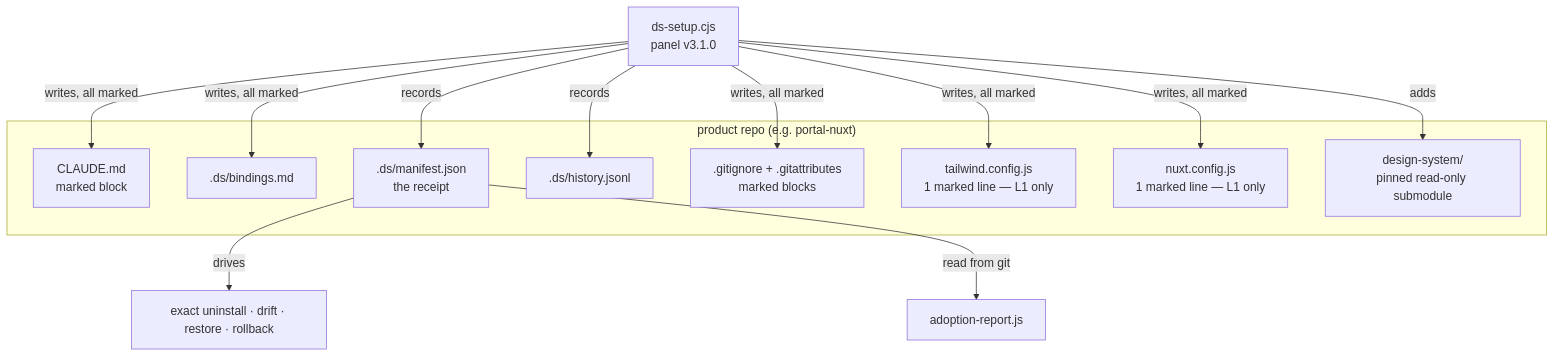
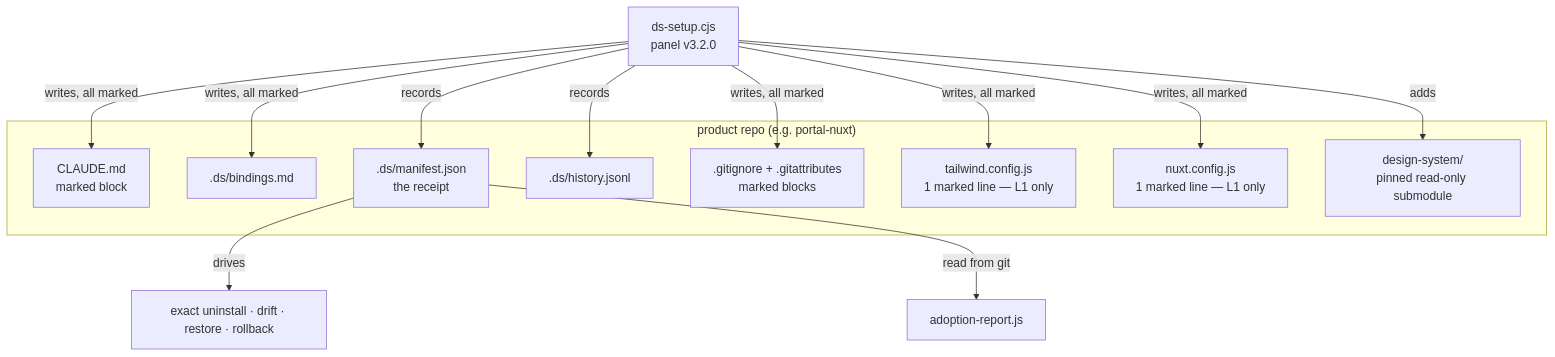
The third of 4 diagrams in docs/ARCHITECTURE.md (alamehan/design-system), drawn with Mermaid before and after one commit. The commit also changed other lines of this file and 62 other files, not shown here.

````diff
--- a/docs/ARCHITECTURE.md
+++ b/docs/ARCHITECTURE.md
@@ -108,18 +108,18 @@
 ```mermaid
 flowchart TD
   subgraph product["product repo (e.g. portal-nuxt)"]
     CM["CLAUDE.md<br/>marked block"]
     BD[".ds/bindings.md"]
     MF[".ds/manifest.json<br/>the receipt"]
     HS[".ds/history.jsonl"]
     GI[".gitignore + .gitattributes<br/>marked blocks"]
     TW["tailwind.config.js<br/>1 marked line — L1 only"]
     NX["nuxt.config.js<br/>1 marked line — L1 only"]
     SUB["design-system/<br/>pinned read-only submodule"]
   end
-  PANEL["ds-setup.cjs<br/>panel v3.1.0"] -->|writes, all marked| CM & BD & GI & TW & NX
+  PANEL["ds-setup.cjs<br/>panel v3.2.0"] -->|writes, all marked| CM & BD & GI & TW & NX
   PANEL -->|records| MF & HS
   PANEL -->|adds| SUB
   MF -->|drives| REV["exact uninstall · drift · restore · rollback"]
   MF -->|read from git| RPT["adoption-report.js"]
 ```
````
